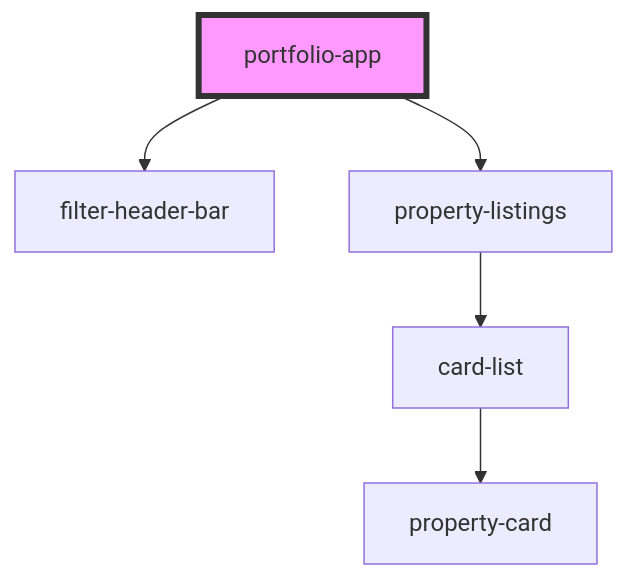
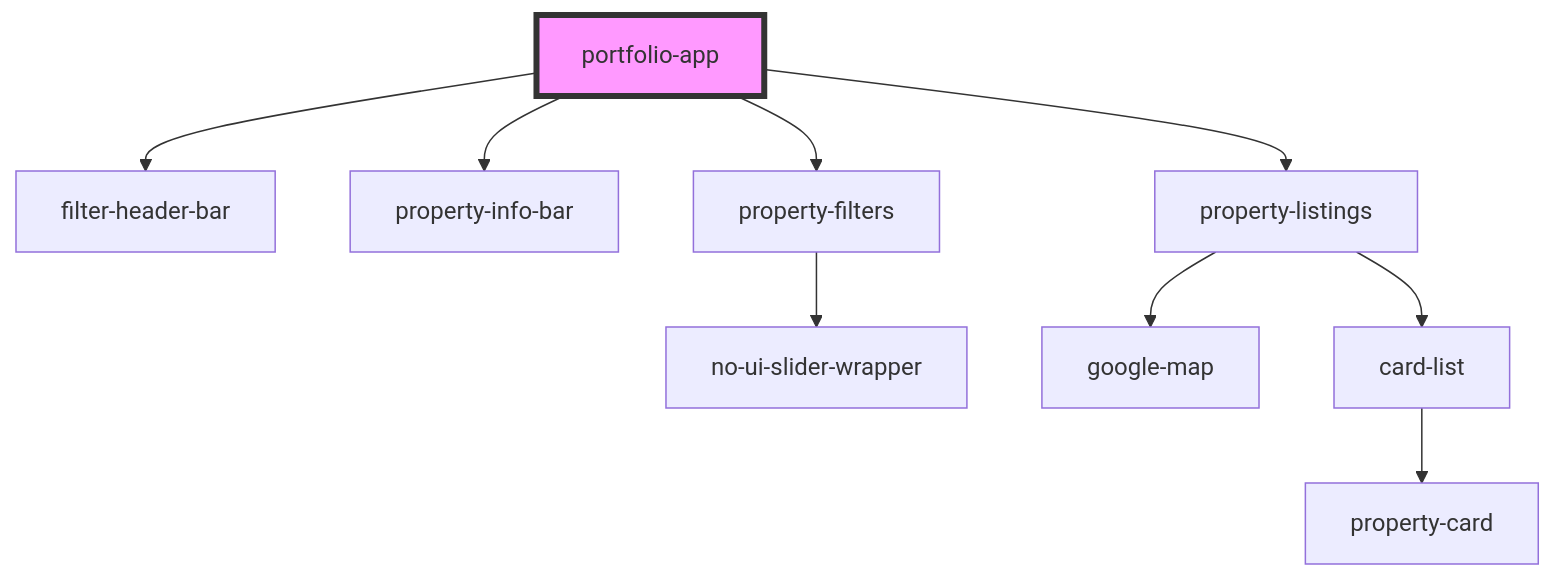
Before and after one commit to bdanzer/bixbyland-stencil: the diagram in src/components/portfolio-app/readme.md, drawn with Mermaid. The commit also changed other lines of this file and 83 other files, not shown here.

````diff
--- a/src/components/portfolio-app/readme.md
+++ b/src/components/portfolio-app/readme.md
@@ -24,8 +26,12 @@
 ```mermaid
 graph TD;
   portfolio-app --> filter-header-bar
+  portfolio-app --> property-info-bar
+  portfolio-app --> property-filters
   portfolio-app --> property-listings
+  property-filters --> no-ui-slider-wrapper
+  property-listings --> google-map
   property-listings --> card-list
   card-list --> property-card
   style portfolio-app fill:#f9f,stroke:#333,stroke-width:4px
 ```
````
